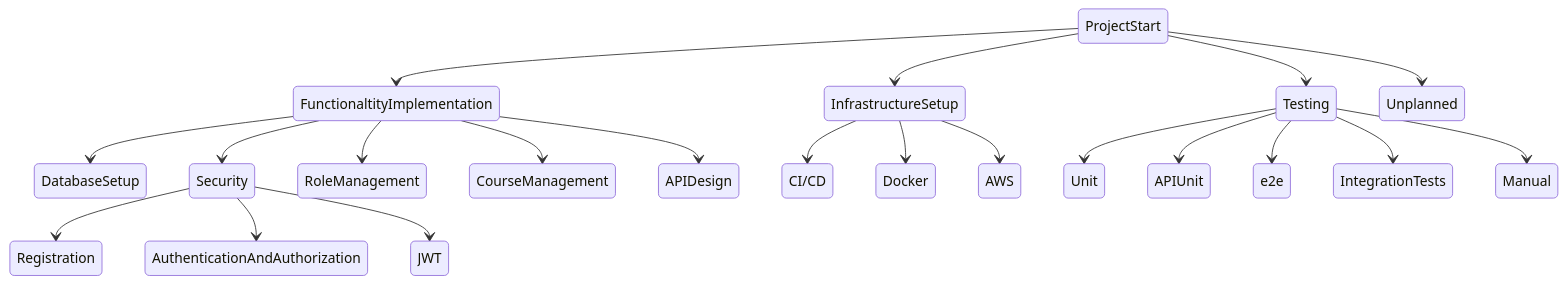
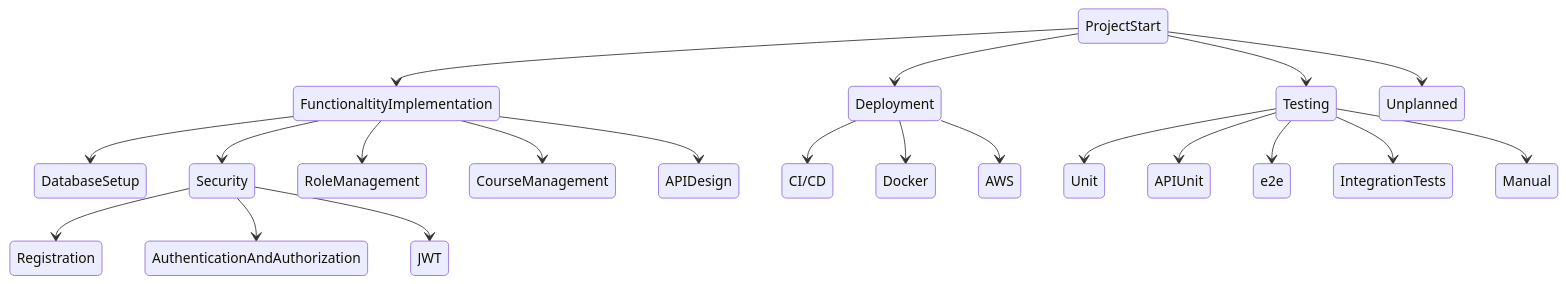
Before and after one commit to RomanSulymka/CourseManagementSystem: the diagram in README.md, drawn with Mermaid.

````diff
--- a/README.md
+++ b/README.md
@@ -6,24 +6,24 @@
 ```mermaid
 stateDiagram
     ProjectStart --> FunctionaltityImplementation
     FunctionaltityImplementation --> DatabaseSetup
     FunctionaltityImplementation --> Security
         Security --> Registration
         Security --> AuthenticationAndAuthorization
         Security --> JWT
     FunctionaltityImplementation --> RoleManagement
     FunctionaltityImplementation --> CourseManagement
     FunctionaltityImplementation --> APIDesign
-    ProjectStart --> InfrastructureSetup
-        InfrastructureSetup --> CI/CD
-        InfrastructureSetup --> Docker
-        InfrastructureSetup --> AWS
+    ProjectStart --> Deployment
+        Deployment --> CI/CD
+        Deployment --> Docker
+        Deployment --> AWS
     ProjectStart --> Testing
         Testing --> Unit
         Testing --> APIUnit
         Testing --> e2e
         Testing --> IntegrationTests
         Testing --> Manual
     ProjectStart --> Unplanned
-    
+
 ```
````
